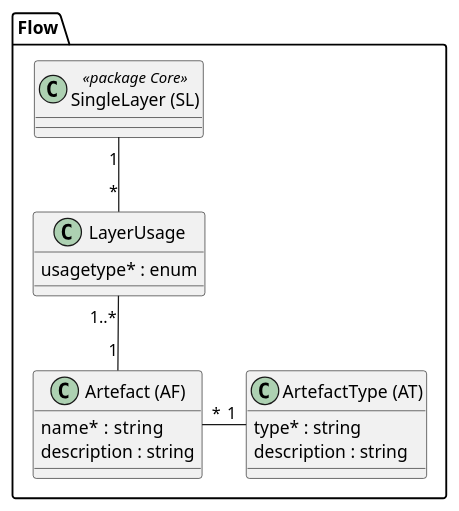
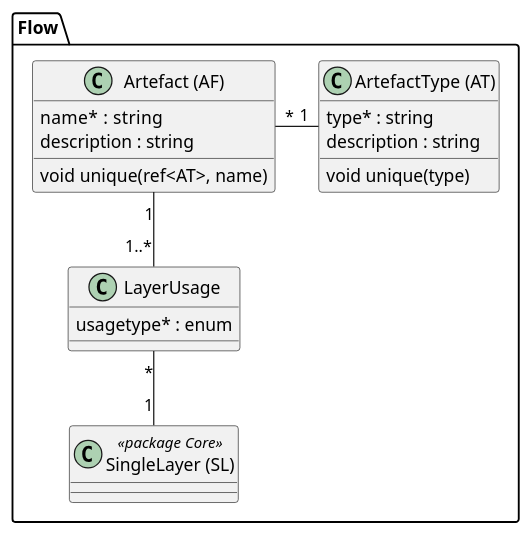
One commit to simi-so/mm changed the diagram in puml/src/simi_flow.puml. Above: the diagram before and after it, drawn with PlantUML. The commit also changed 8 other files, not shown here.

```diff
--- a/puml/src/simi_flow.puml
+++ b/puml/src/simi_flow.puml
@@ -1,25 +1,27 @@
 @startuml
 package Flow {
 
   class "SingleLayer (SL)" as sl << package Core >> {
   }
 
   class "Artefact (AF)" as af {
   	name*  : string
     description : string
+    void unique(ref<AT>, name)
   }
 
   class "ArtefactType (AT)" as at {
   	type* : string
     description : string
+    void unique(type)
   }
 
   class "LayerUsage" as lu {
   	usagetype* : enum
   }
 
-  sl "1" -- "*" lu
-  lu "1..*" -- "1" af
   af "*" -right- "1" at
+  af "1" -- "1..*" lu
+  lu "*" -- "1" sl
 }
 @enduml
```
